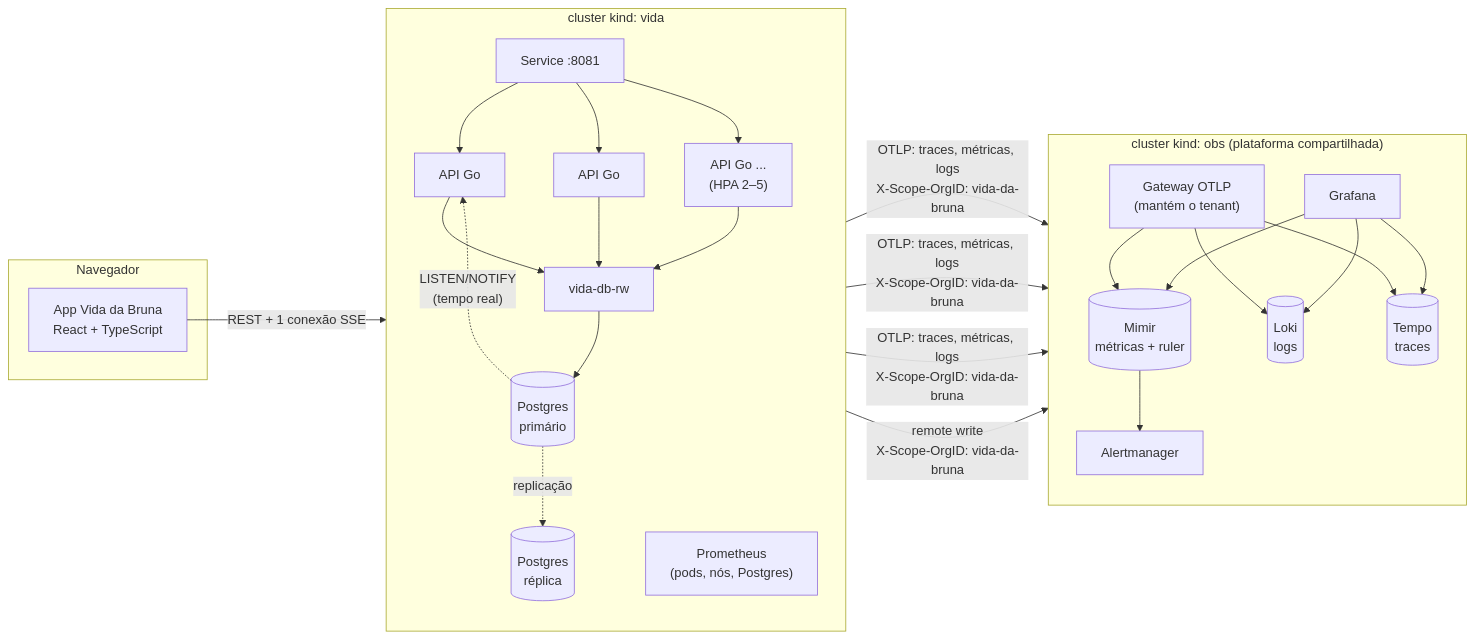
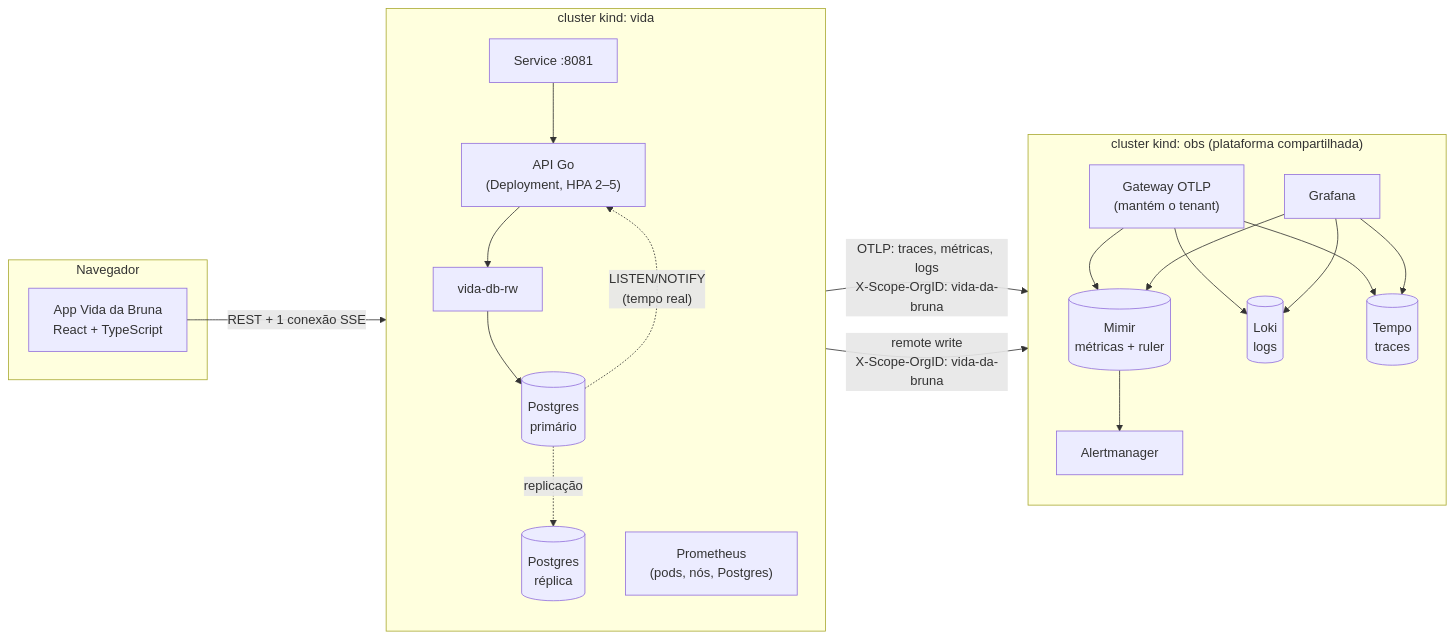
The first of 2 diagrams in README.md (BrunaFranca/vida-da-bruna-api), drawn with Mermaid before and after one commit.

Commit message:
docs: diagrama com a API como um bloco só

````diff
--- a/README.md
+++ b/README.md
@@ -11,27 +11,27 @@
 ```mermaid
 flowchart LR
   subgraph PC["Navegador"]
     APP["App Vida da Bruna<br/>React + TypeScript"]
   end
 
   subgraph VIDA["cluster kind: vida"]
     direction TB
-    SVC["Service :8081"] --> API1["API Go"] & API2["API Go"] & API3["API Go ...<br/>(HPA 2–5)"]
-    API1 & API2 & API3 --> RW["vida-db-rw"]
+    SVC["Service :8081"] --> API["API Go<br/>(Deployment, HPA 2–5)"]
+    API --> RW["vida-db-rw"]
     RW --> PG1[("Postgres<br/>primário")]
     PG1 -. replicação .-> PG2[("Postgres<br/>réplica")]
-    PG1 -. "LISTEN/NOTIFY<br/>(tempo real)" .-> API1
+    PG1 -. "LISTEN/NOTIFY<br/>(tempo real)" .-> API
     PROM["Prometheus<br/>(pods, nós, Postgres)"]
   end
 
   subgraph OBS["cluster kind: obs (plataforma compartilhada)"]
     direction TB
     GW["Gateway OTLP<br/>(mantém o tenant)"] --> MIMIR[("Mimir<br/>métricas + ruler")] & LOKI[("Loki<br/>logs")] & TEMPO[("Tempo<br/>traces")]
     MIMIR --> AM["Alertmanager"]
     GRAF["Grafana"] --> MIMIR & LOKI & TEMPO
   end
 
   APP -- "REST + 1 conexão SSE" --> SVC
-  API1 & API2 & API3 -- "OTLP: traces, métricas, logs<br/>X-Scope-OrgID: vida-da-bruna" --> GW
+  API -- "OTLP: traces, métricas, logs<br/>X-Scope-OrgID: vida-da-bruna" --> GW
   PROM -- "remote write<br/>X-Scope-OrgID: vida-da-bruna" --> MIMIR
 ```
````
